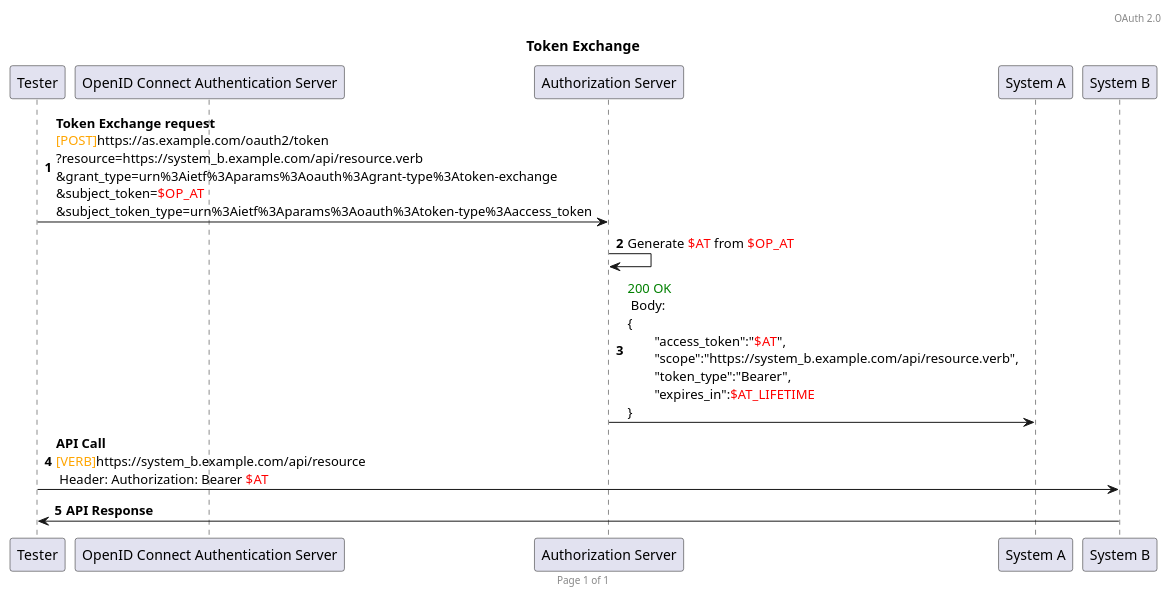
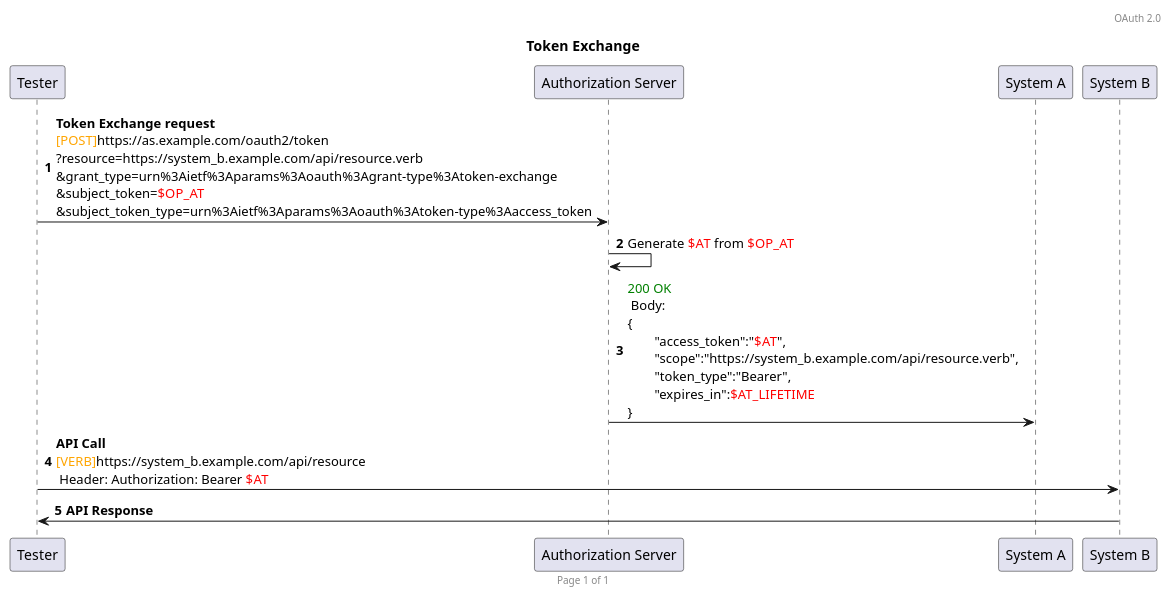
The diagram in plantuml/oauth2/token_exchange_system_impersonation.plantuml (HenriLefevrePro/Articles), drawn with PlantUML before and after one commit.

```diff
--- a/plantuml/oauth2/token_exchange_system_impersonation.plantuml
+++ b/plantuml/oauth2/token_exchange_system_impersonation.plantuml
@@ -1,21 +1,20 @@
 @startuml
 
 header OAuth 2.0
 footer Page %page% of %lastpage%
 
 title Token Exchange
 autonumber
 
 participant T as "Tester"
-participant OP as "OpenID Connect Authentication Server"
 participant Auth as "Authorization Server"
 participant A as "System A"
 participant B as "System B"
 
 T -> Auth : **Token Exchange request**\n<font color=orange>[POST]</font>https://as.example.com/oauth2/token\n?resource=https://system_b.example.com/api/resource.verb\n&grant_type=urn%3Aietf%3Aparams%3Aoauth%3Agrant-type%3Atoken-exchange\n&subject_token=<font color=red>$OP_AT</font>\n&subject_token_type=urn%3Aietf%3Aparams%3Aoauth%3Atoken-type%3Aaccess_token
 Auth -> Auth : Generate <font color=red>$AT</font> from <font color=red>$OP_AT</font>
 Auth -> A : <font color=green>200 OK</font> \n Body: \n{\n\t"access_token":"<font color=red>$AT</font>",\n\t"scope":"https://system_b.example.com/api/resource.verb",\n\t"token_type":"Bearer",\n\t"expires_in":<font color=red>$AT_LIFETIME</font>\n}
 
 T -> B : **API Call** \n<font color=orange>[VERB]</font>https://system_b.example.com/api/resource\n Header: Authorization: Bearer <font color=red>$AT</font>
 B -> T : **API Response**
 @enduml
```
